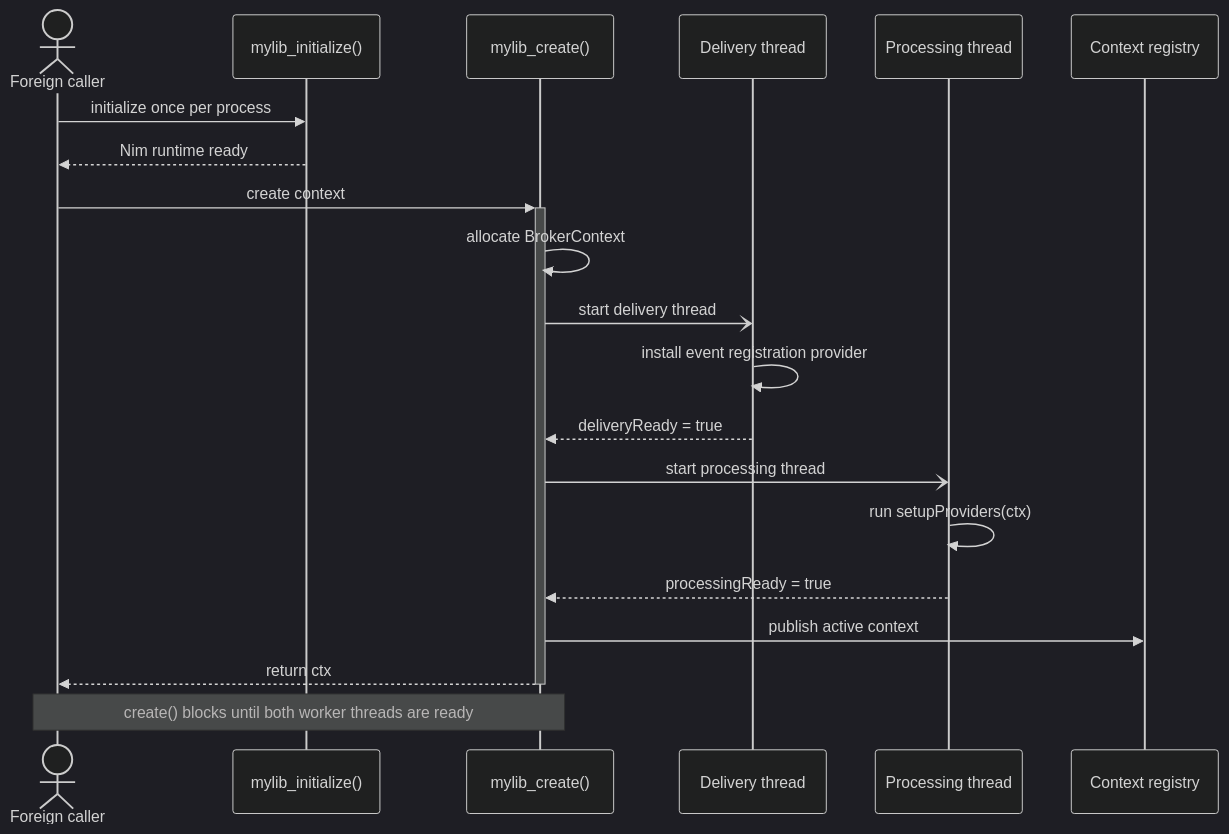
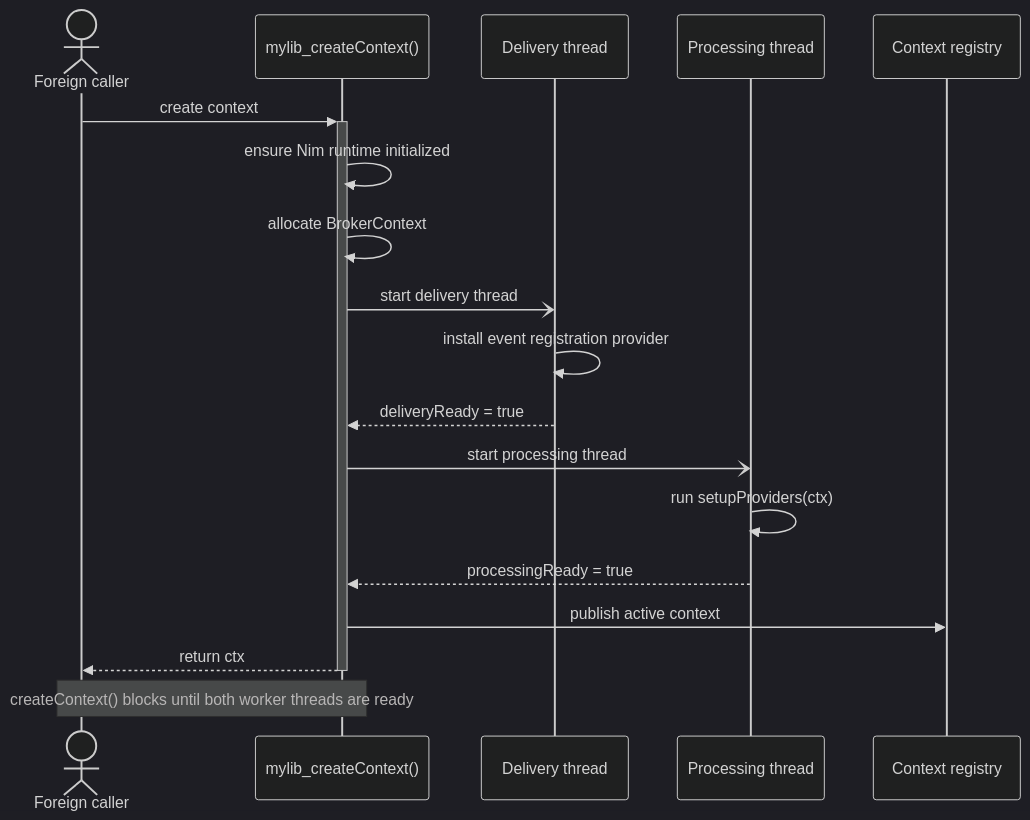
Before and after one commit to NagyZoltanPeter/nim-brokers: the first of 3 diagrams in doc/Broker_FFI_API.md, drawn with Mermaid (dark theme). The commit also changed other lines of this file and 9 other files, not shown here.

Commit message:
Refactor C++ init sequence for foolproof usage.

````diff
--- a/doc/Broker_FFI_API.md
+++ b/doc/Broker_FFI_API.md
@@ -150,22 +143,20 @@
 ```mermaid
 sequenceDiagram
   actor F as Foreign caller
-  participant I as mylib_initialize()
-  participant C as mylib_create()
+  participant C as mylib_createContext()
   participant D as Delivery thread
   participant P as Processing thread
   participant R as Context registry
-  F->>I: initialize once per process
-  I-->>F: Nim runtime ready
   F->>+C: create context
+  C->>C: ensure Nim runtime initialized
   C->>C: allocate BrokerContext
   C-)D: start delivery thread
   D->>D: install event registration provider
   D-->>C: deliveryReady = true
   C-)P: start processing thread
   P->>P: run setupProviders(ctx)
   P-->>C: processingReady = true
   C->>R: publish active context
   C-->>-F: return ctx
-  Note over F,C: create() blocks until both worker threads are ready
+  Note over F,C: createContext() blocks until both worker threads are ready
 ```
````
